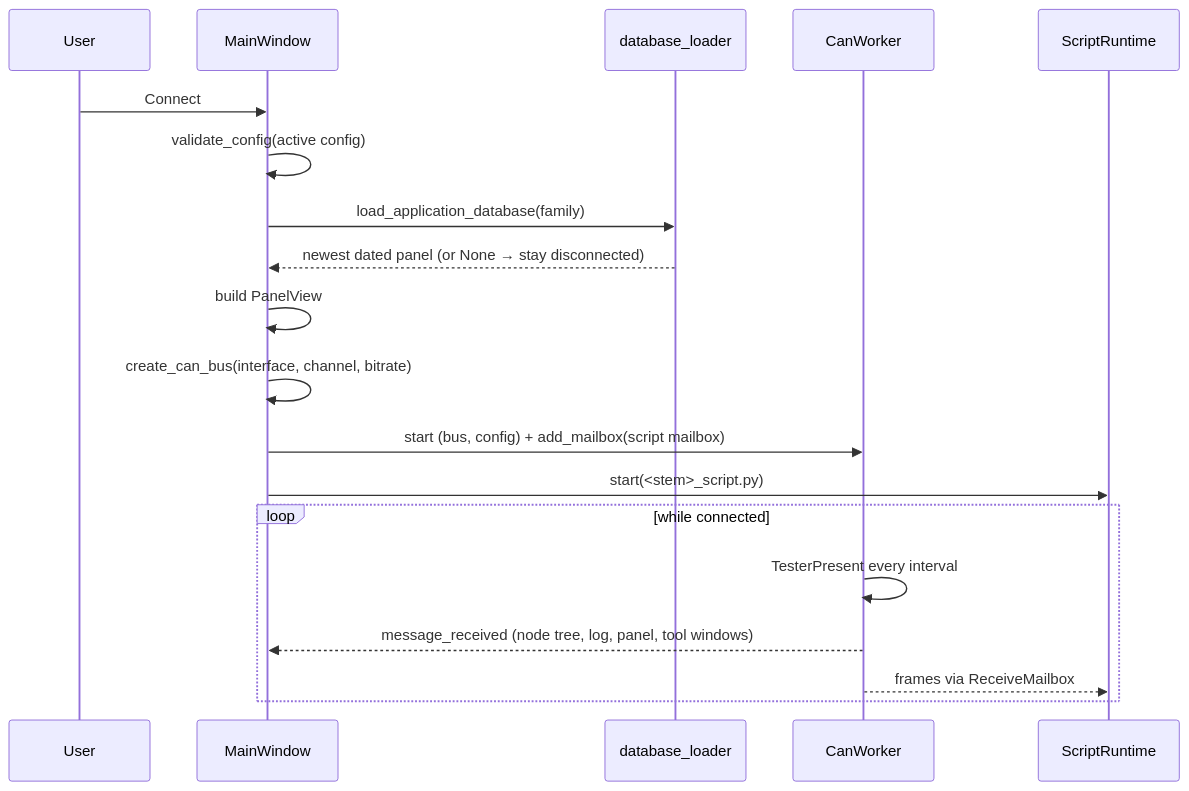
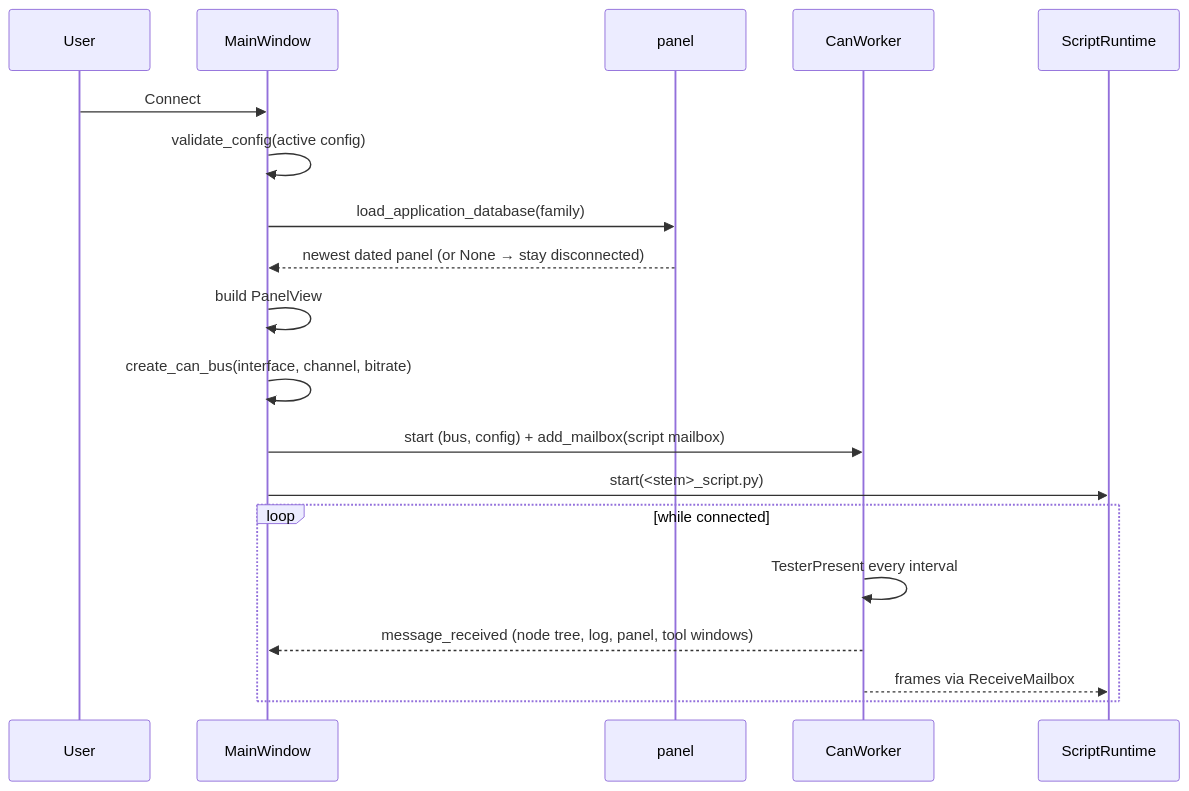
One commit to HyperFluxQc/CanExpert changed the second of 4 diagrams in DOCUMENTATION.md. Above: the diagram before and after it, drawn with Mermaid. The commit also changed other lines of this file and 23 other files, not shown here.

````diff
--- a/DOCUMENTATION.md
+++ b/DOCUMENTATION.md
@@ -73,22 +72,22 @@
 ```mermaid
 sequenceDiagram
     participant User
     participant MainWindow
-    participant Loader as database_loader
+    participant Loader as panel
     participant Worker as CanWorker
     participant Runtime as ScriptRuntime
 
     User->>MainWindow: Connect
     MainWindow->>MainWindow: validate_config(active config)
     MainWindow->>Loader: load_application_database(family)
     Loader-->>MainWindow: newest dated panel (or None → stay disconnected)
     MainWindow->>MainWindow: build PanelView
     MainWindow->>MainWindow: create_can_bus(interface, channel, bitrate)
     MainWindow->>Worker: start (bus, config) + add_mailbox(script mailbox)
     MainWindow->>Runtime: start(<stem>_script.py)
     loop while connected
         Worker->>Worker: TesterPresent every interval
         Worker-->>MainWindow: message_received (node tree, log, panel, tool windows)
         Worker-->>Runtime: frames via ReceiveMailbox
     end
 ```
````
